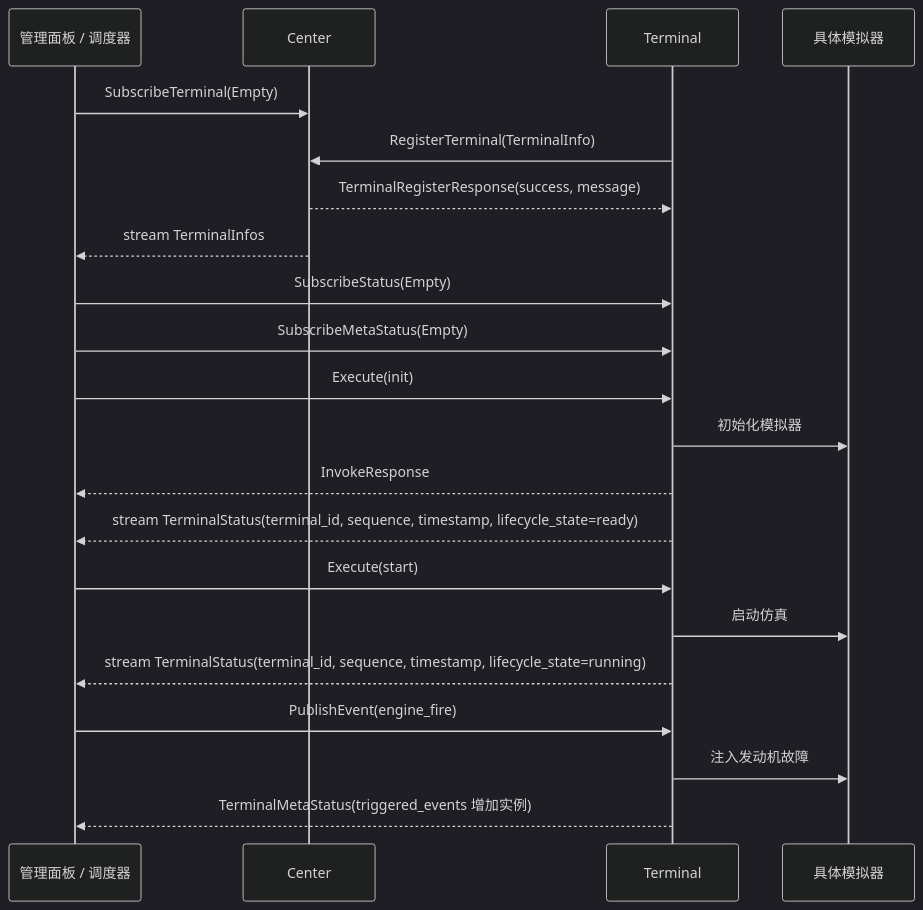
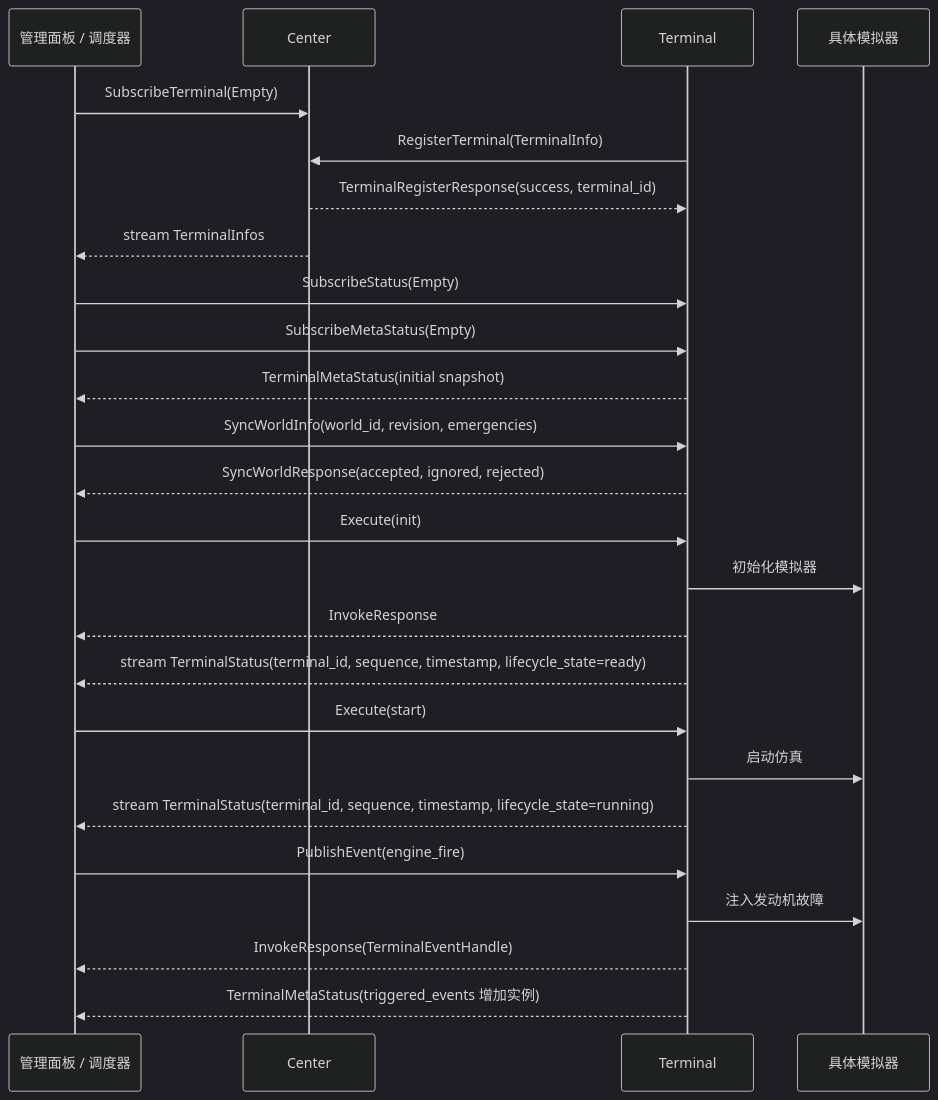
The second of 4 diagrams in source/_posts/关于飞行仿真控制系统设计的思考.md (Aniakea/vannessa), drawn with Mermaid (dark theme) before and after one commit. The commit also changed other lines of this file, not shown here.

````diff
--- a/source/_posts/关于飞行仿真控制系统设计的思考.md
+++ b/source/_posts/关于飞行仿真控制系统设计的思考.md
@@ -319,24 +373,28 @@
 ```mermaid
 sequenceDiagram
     participant P as 管理面板 / 调度器
     participant C as Center
     participant T as Terminal
     participant S as 具体模拟器
 
     P->>C: SubscribeTerminal(Empty)
     T->>C: RegisterTerminal(TerminalInfo)
-    C-->>T: TerminalRegisterResponse(success, message)
+    C-->>T: TerminalRegisterResponse(success, terminal_id)
     C-->>P: stream TerminalInfos
     P->>T: SubscribeStatus(Empty)
     P->>T: SubscribeMetaStatus(Empty)
+    T-->>P: TerminalMetaStatus(initial snapshot)
+    P->>T: SyncWorldInfo(world_id, revision, emergencies)
+    T-->>P: SyncWorldResponse(accepted, ignored, rejected)
     P->>T: Execute(init)
     T->>S: 初始化模拟器
     T-->>P: InvokeResponse
     T-->>P: stream TerminalStatus(terminal_id, sequence, timestamp, lifecycle_state=ready)
     P->>T: Execute(start)
     T->>S: 启动仿真
     T-->>P: stream TerminalStatus(terminal_id, sequence, timestamp, lifecycle_state=running)
     P->>T: PublishEvent(engine_fire)
     T->>S: 注入发动机故障
+    T-->>P: InvokeResponse(TerminalEventHandle)
     T-->>P: TerminalMetaStatus(triggered_events 增加实例)
 ```
````
